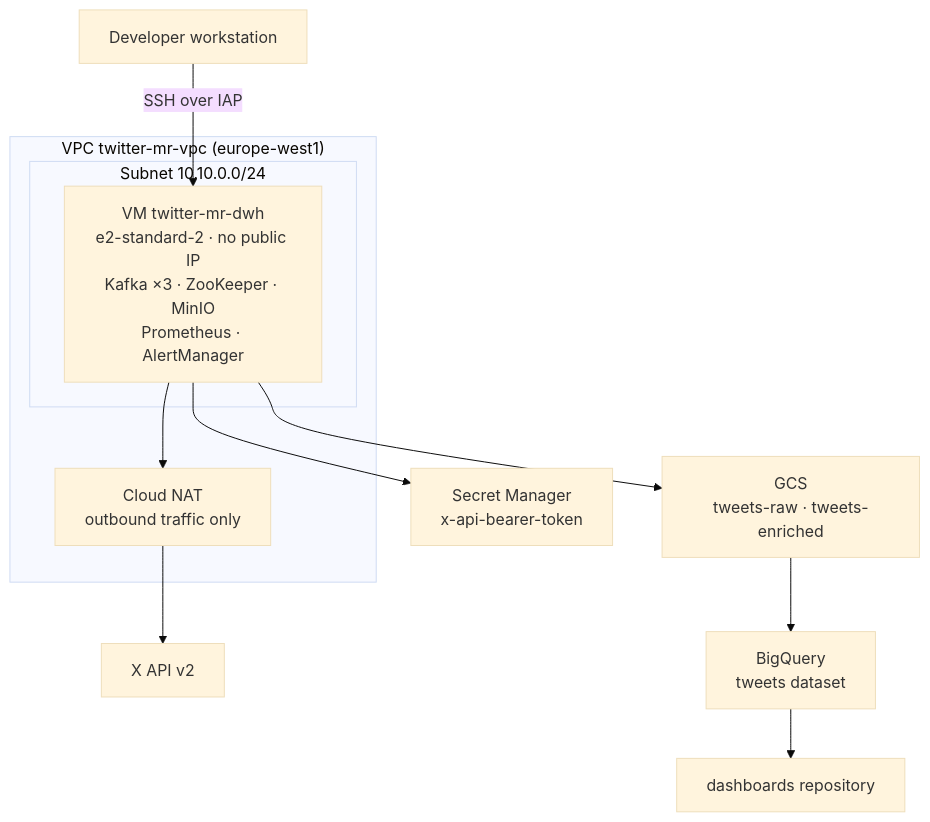
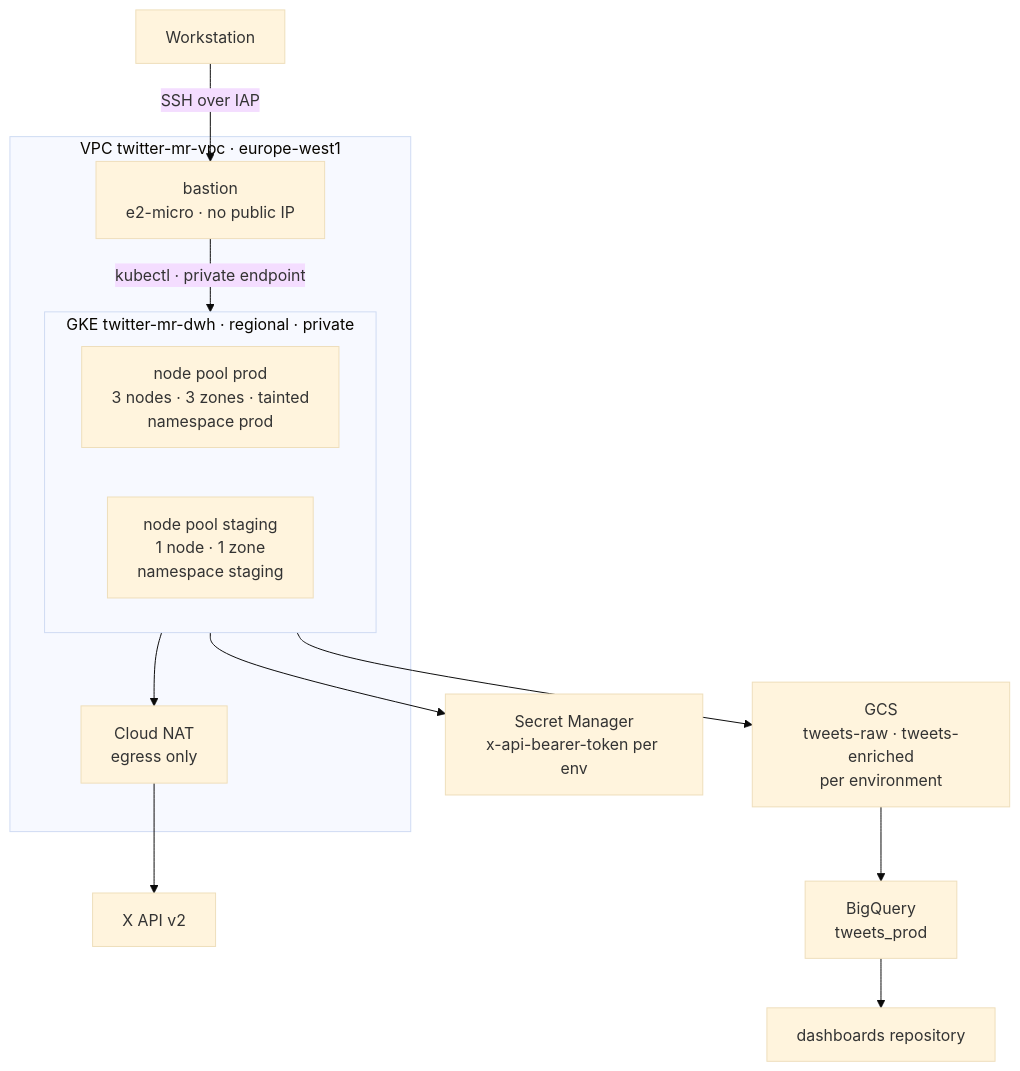
One commit to twitter-market-research/twitter-market-research-iac changed the diagram in README.md. Above: the diagram before and after it, drawn with Mermaid (base theme). The commit also changed other lines of this file, not shown here.

Commit message:
docs: rewrite README for the GKE architecture

````diff
--- a/README.md
+++ b/README.md
@@ -22,16 +27,19 @@
 ```mermaid
 flowchart TB
-    subgraph vpc["VPC twitter-mr-vpc (europe-west1)"]
-        subgraph subnet["Subnet 10.10.0.0/24"]
-            vm["VM twitter-mr-dwh<br/>e2-standard-2 · no public IP<br/>Kafka ×3 · ZooKeeper · MinIO<br/>Prometheus · AlertManager"]
+    subgraph vpc["VPC twitter-mr-vpc · europe-west1"]
+        subgraph gke["GKE twitter-mr-dwh · regional · private"]
+            prodpool["node pool prod<br/>3 nodes · 3 zones · tainted<br/>namespace prod"]
+            stgpool["node pool staging<br/>1 node · 1 zone<br/>namespace staging"]
         end
-        nat["Cloud NAT<br/>outbound traffic only"]
+        bastion["bastion<br/>e2-micro · no public IP"]
+        nat["Cloud NAT<br/>egress only"]
     end
 
-    dev["Developer workstation"] -->|SSH over IAP| vm
-    vm --> nat --> x["X API v2"]
-    vm --> sm["Secret Manager<br/>x-api-bearer-token"]
-    vm --> gcs["GCS<br/>tweets-raw · tweets-enriched"]
-    gcs --> bq["BigQuery<br/>tweets dataset"]
+    dev["Workstation"] -->|SSH over IAP| bastion
+    bastion -->|kubectl · private endpoint| gke
+    gke --> nat --> x["X API v2"]
+    gke --> sm["Secret Manager<br/>x-api-bearer-token per env"]
+    gke --> gcs["GCS<br/>tweets-raw · tweets-enriched<br/>per environment"]
+    gcs --> bq["BigQuery<br/>tweets_prod"]
     bq --> dash["dashboards repository"]
 ```
````
